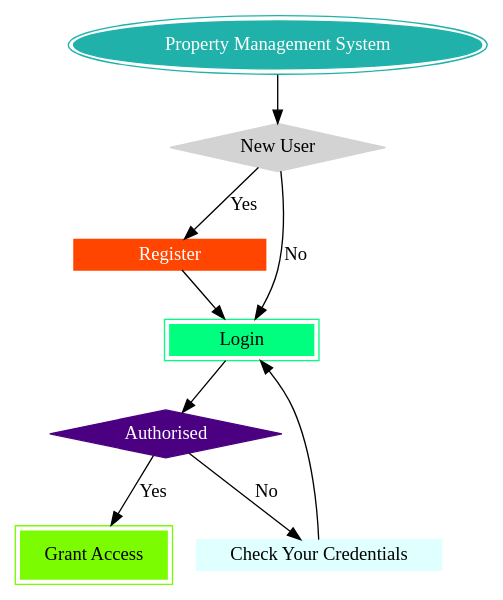
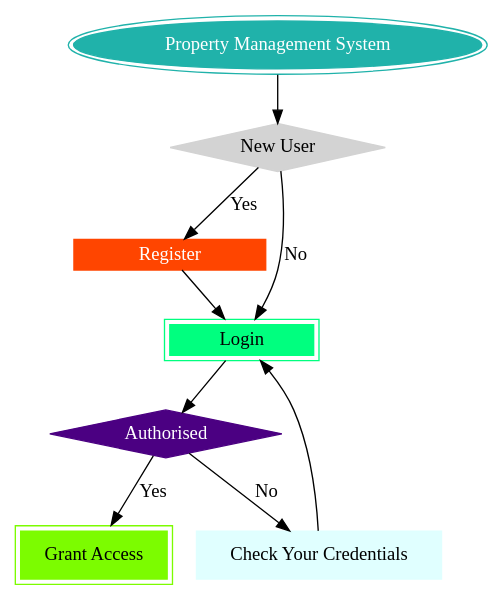
The diagram in docs/source/flowSequence.rst (IIITM-Jay/Property-Management-System-Docs), drawn with Graphviz before and after one commit.

```diff
--- a/docs/source/flowSequence.rst
+++ b/docs/source/flowSequence.rst
@@ -5,23 +5,23 @@
 .. graphviz::
    :align: center
 
    digraph {
       a->b
       b->d [label="Yes", labelfontcolor=green]
       b->c [label="No", labelfontcolor=red]
       d->c 
       c->e
       e->f [label="Yes"]
       e->g [label="No"]
       g->c
       a [shap=ellipse, peripheries=2,color= lightseagreen, label="Property Management System", style=filled, fontcolor=white];
       b [shape=diamond, label="New User" color="lightgray", style=filled]
       c [shape=box, label="Login",peripheries=2, height=0.25, width=1.5, color=springgreen,style=filled, fontcolor=black ]
       d [shape=box, label="Register", height=0.25, width=2, color=orangered,style=filled, fontcolor=white ]
       e [shape=diamond, label="Authorised", color=indigo, fontcolor=white, style=filled]
       f [shape=box, label="Grant Access", peripheries=2,color=lawngreen, fontcolor=white, style=filled, fontcolor=black ]
-      g [shape=box, label="Check Your Credentials", height=0.25, width=2, color=  lightcyan, style=filled ,fontcolor=black ]
+      g [shape=box, label="Check Your Credentials", width=2, color=  lightcyan, style=filled ,fontcolor=black ]
 
 
       
    }
```
